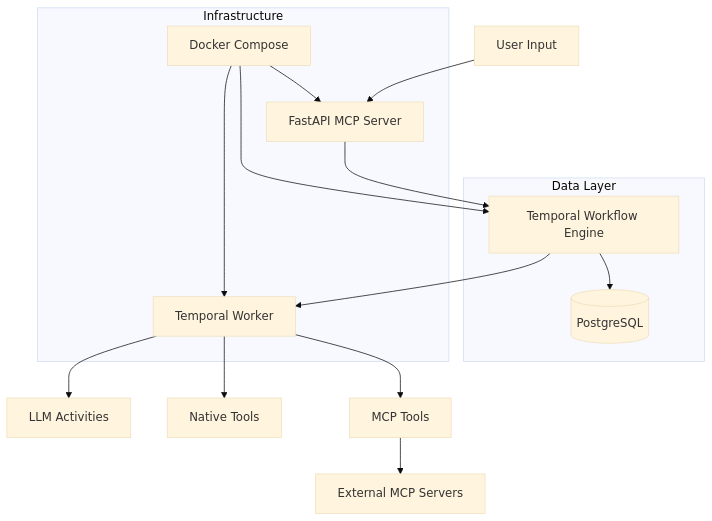
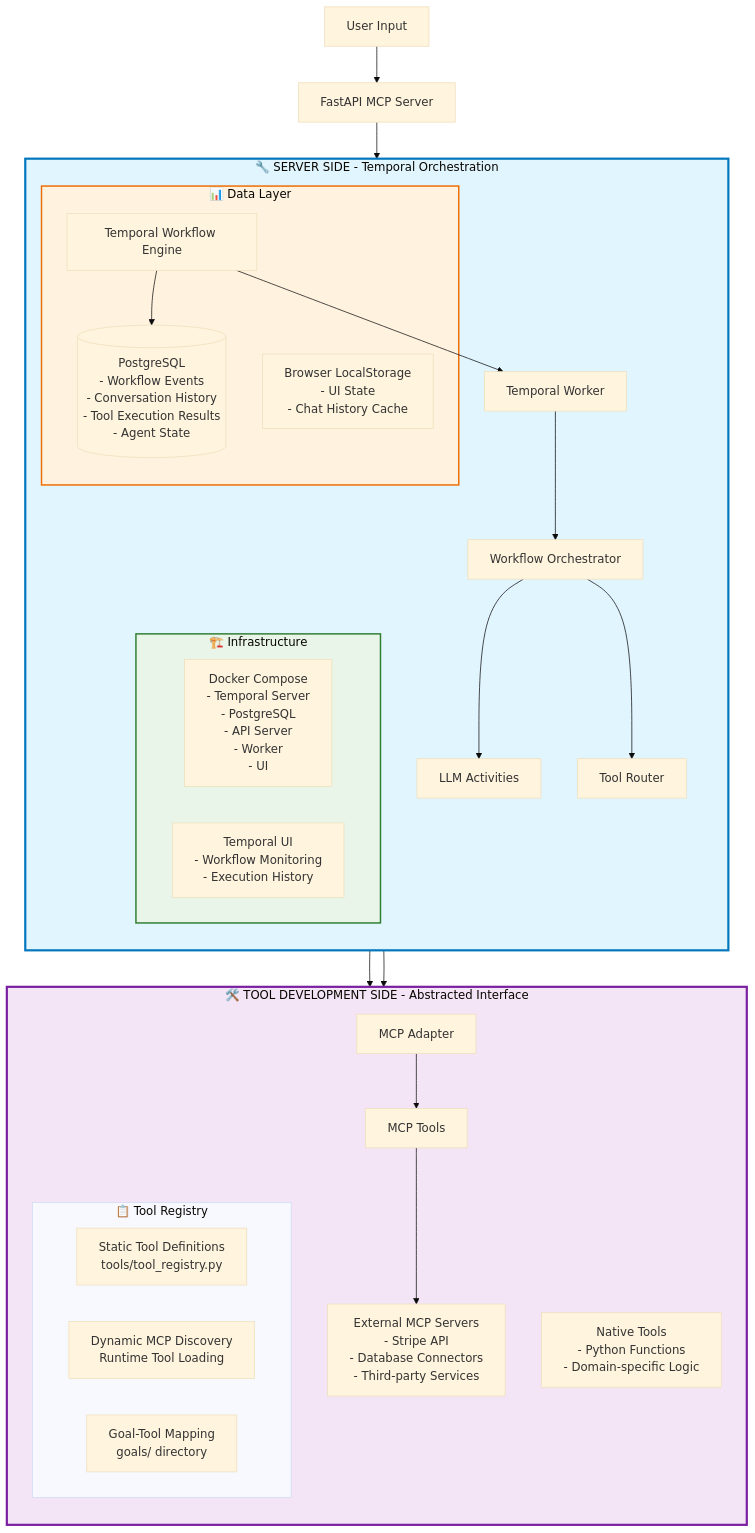
The diagram in TEMPORAL_AI_AGENT_TECHNICAL_DOCUMENTATION.md (shin-hyuk/yoda), drawn with Mermaid (base theme) before and after one commit. The commit also changed other lines of this file, not shown here.

````diff
--- a/TEMPORAL_AI_AGENT_TECHNICAL_DOCUMENTATION.md
+++ b/TEMPORAL_AI_AGENT_TECHNICAL_DOCUMENTATION.md
@@ -56,22 +56,48 @@
 ```mermaid
 graph TB
     User[User Input] --> API[FastAPI MCP Server]
     API --> Temporal[Temporal Workflow Engine]
     Temporal --> Worker[Temporal Worker]
-    Worker --> LLM[LLM Activities]
-    Worker --> NativeTools[Native Tools]
-    Worker --> MCPTools[MCP Tools]
-    MCPTools --> External[External MCP Servers]
     
-    subgraph "Data Layer"
-        Postgres[(PostgreSQL)]
-        Temporal --> Postgres
+    subgraph ServerSide ["🔧 SERVER SIDE - Temporal Orchestration"]
+        direction TB
+        Worker --> Orchestrator[Workflow Orchestrator]
+        Orchestrator --> LLM[LLM Activities]
+        Orchestrator --> ToolRouter[Tool Router]
+        
+        subgraph DataLayer ["📊 Data Layer"]
+            Postgres[(PostgreSQL<br/>- Workflow Events<br/>- Conversation History<br/>- Tool Execution Results<br/>- Agent State)]
+            Temporal --> Postgres
+            LocalStorage[Browser LocalStorage<br/>- UI State<br/>- Chat History Cache]
+        end
+        
+        subgraph Infrastructure ["🏗️ Infrastructure"]
+            Docker[Docker Compose<br/>- Temporal Server<br/>- PostgreSQL<br/>- API Server<br/>- Worker<br/>- UI]
+            TemporalUI[Temporal UI<br/>- Workflow Monitoring<br/>- Execution History]
+        end
     end
     
-    subgraph "Infrastructure"
-        Docker[Docker Compose]
-        Docker --> API
-        Docker --> Worker
-        Docker --> Temporal
+    subgraph ToolDev ["🛠️ TOOL DEVELOPMENT SIDE - Abstracted Interface"]
+        direction TB
+        ToolRouter --> NativeTools[Native Tools<br/>- Python Functions<br/>- Domain-specific Logic]
+        ToolRouter --> MCPAdapter[MCP Adapter]
+        MCPAdapter --> MCPTools[MCP Tools]
+        MCPTools --> External[External MCP Servers<br/>- Stripe API<br/>- Database Connectors<br/>- Third-party Services]
+        
+        subgraph ToolRegistry ["📋 Tool Registry"]
+            StaticTools[Static Tool Definitions<br/>tools/tool_registry.py]
+            DynamicTools[Dynamic MCP Discovery<br/>Runtime Tool Loading]
+            GoalMapping[Goal-Tool Mapping<br/>goals/ directory]
+        end
     end
+    
+    classDef serverBox fill:#e1f5fe,stroke:#0277bd,stroke-width:3px
+    classDef toolBox fill:#f3e5f5,stroke:#7b1fa2,stroke-width:3px
+    classDef dataBox fill:#fff3e0,stroke:#ef6c00,stroke-width:2px
+    classDef infraBox fill:#e8f5e8,stroke:#2e7d32,stroke-width:2px
+    
+    class ServerSide serverBox
+    class ToolDev toolBox
+    class DataLayer dataBox
+    class Infrastructure infraBox
 ```
````
